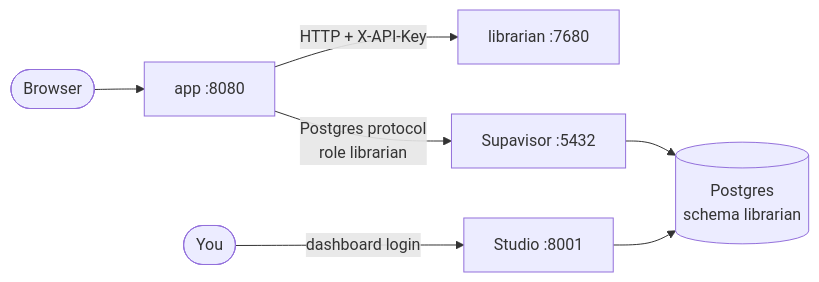
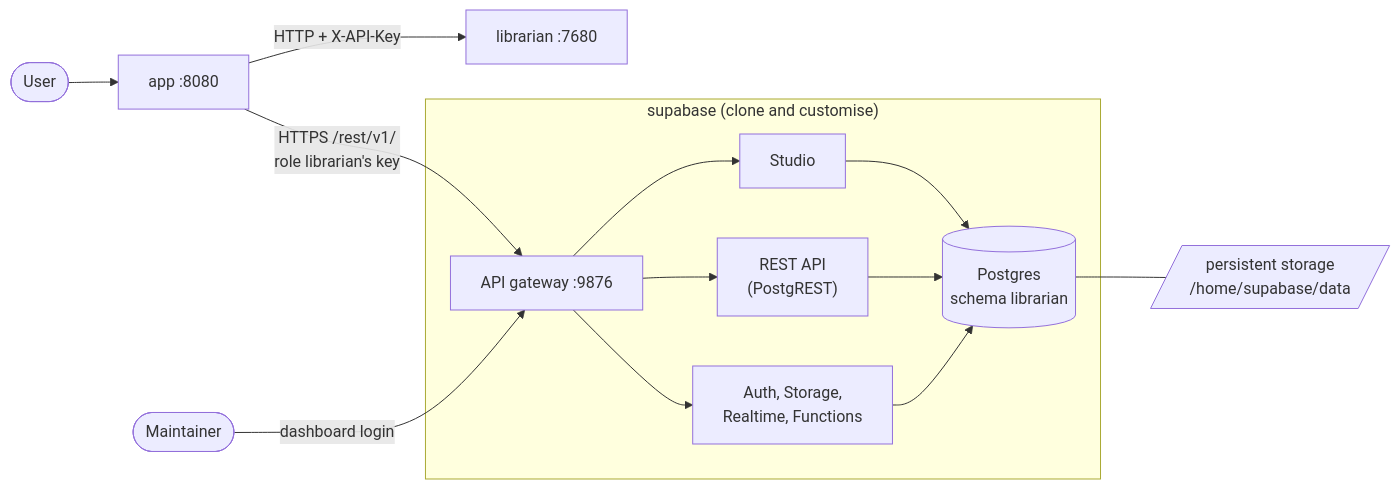
The diagram in README.md (pharmbio/librarian-serve), drawn with Mermaid before and after one commit. The commit also changed other lines of this file, not shown here.

````diff
--- a/README.md
+++ b/README.md
@@ -15,12 +21,16 @@
 ```mermaid
 flowchart LR
-    accTitle: Where the data lives
-    accDescr: The browser talks to app. app calls librarian over HTTP, and connects to Supabase's Postgres through its connection pooler. You manage the data in Supabase Studio.
-
-    browser(["Browser"]) --> app["app :8080"]
+    User(["User"]) --> app["app :8080"]
     app -->|"HTTP + X-API-Key"| librarian["librarian :7680"]
-    app -->|"Postgres protocol<br/>role librarian"| pooler["Supavisor :5432"]
-    pooler --> postgres[("Postgres<br/>schema librarian")]
-    you(["You"]) -->|"dashboard login"| studio["Studio :8001"]
-    studio --> postgres
+    subgraph supabase ["supabase (clone and customise)"]
+        gateway["API gateway :9876"] --> studio["Studio"]
+        gateway --> rest["REST API<br/>(PostgREST)"]
+        gateway --> apis["Auth, Storage,<br/>Realtime, Functions"]
+        studio --> postgres
+        rest --> postgres[("Postgres<br/>schema librarian")]
+        apis --> postgres
+    end
+    app -->|"HTTPS /rest/v1/<br/>role librarian's key"| gateway
+    postgres --- storage[/"persistent storage<br/>/home/supabase/data"/]
+    maintainer(["Maintainer"]) -->|"dashboard login"| gateway
 ```
````
